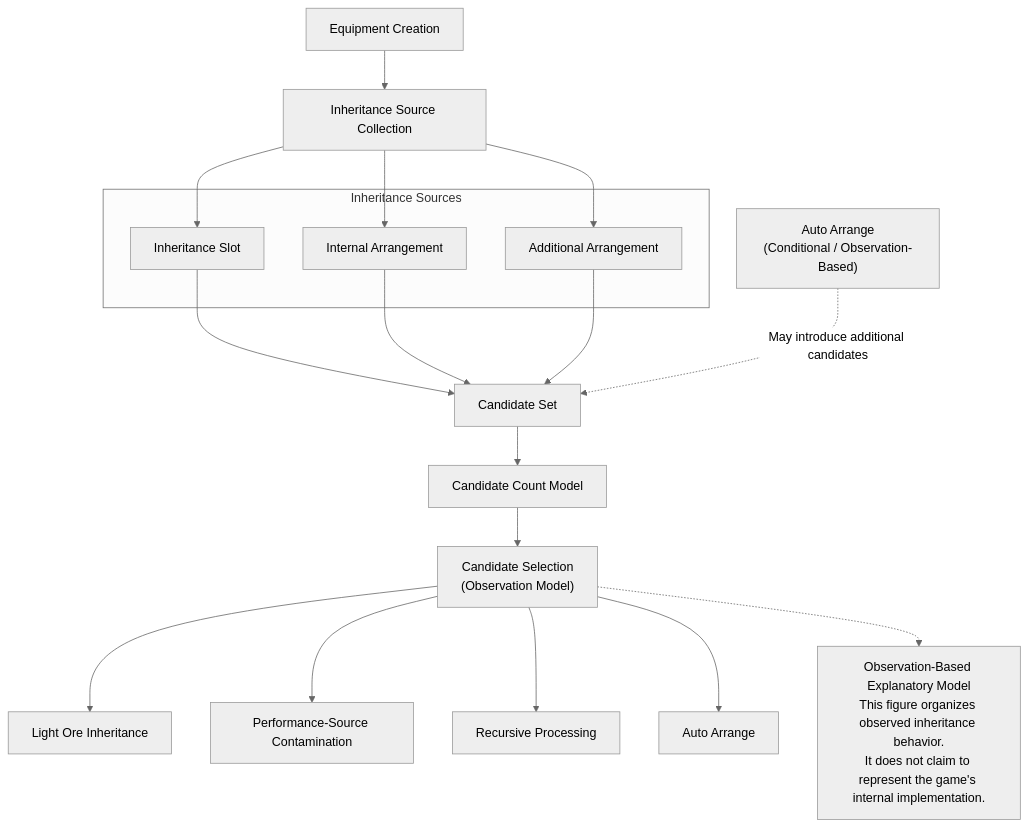
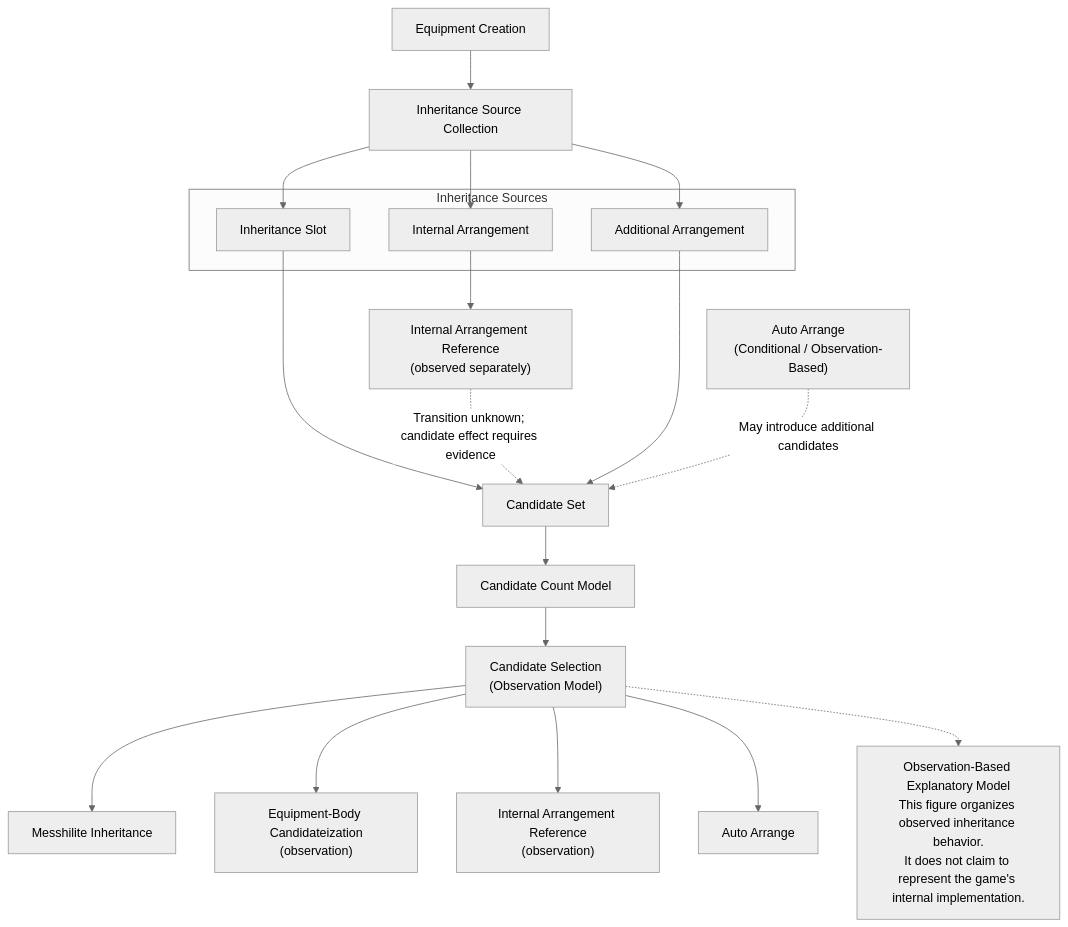
Before and after one commit to j13343sh/Rune-Factory-Inheritance-Research: the diagram in articles/Candidate-Count-Model.md, drawn with Mermaid (neutral theme). The commit also changed other lines of this file and 17 other files, not shown here.

````diff
--- a/articles/Candidate-Count-Model.md
+++ b/articles/Candidate-Count-Model.md
@@ -15,41 +15,42 @@
 ```mermaid
 flowchart TB
 
 %% =========================================================
 %% Equipment Inheritance Observation Model
 %% =========================================================
 
 EC["Equipment Creation"]
 EC --> IC["Inheritance Source Collection"]
 
 subgraph Sources["Inheritance Sources"]
     IS["Inheritance Slot"]
     IA["Internal Arrangement"]
     AA["Additional Arrangement"]
 end
 
 IC --> IS
 IC --> IA
 IC --> AA
 
 IS --> CS
-IA --> CS
+IA --> REF["Internal Arrangement Reference<br/>(observed separately)"]
+REF -. "Transition unknown; candidate effect requires evidence" .-> CS
 AA --> CS
 
 AUTO["Auto Arrange<br/>(Conditional / Observation-Based)"]
 
 AUTO -. May introduce additional candidates .-> CS
 
 CS["Candidate Set"]
 CS --> CCM["Candidate Count Model"]
 CCM --> SEL["Candidate Selection<br/>(Observation Model)"]
 
-SEL --> M["Light Ore Inheritance"]
-SEL --> SP["Performance-Source Contamination"]
-SEL --> RP["Recursive Processing"]
+SEL --> M["Messhilite Inheritance"]
+SEL --> SP["Equipment-Body Candidateization<br/>(observation)"]
+SEL --> RP["Internal Arrangement Reference<br/>(observation)"]
 SEL --> AR["Auto Arrange"]
 
 NOTE["Observation-Based Explanatory Model<br/>This figure organizes observed inheritance behavior.<br/>It does not claim to represent the game's internal implementation."]
 
 SEL -.-> NOTE
 ```
````
